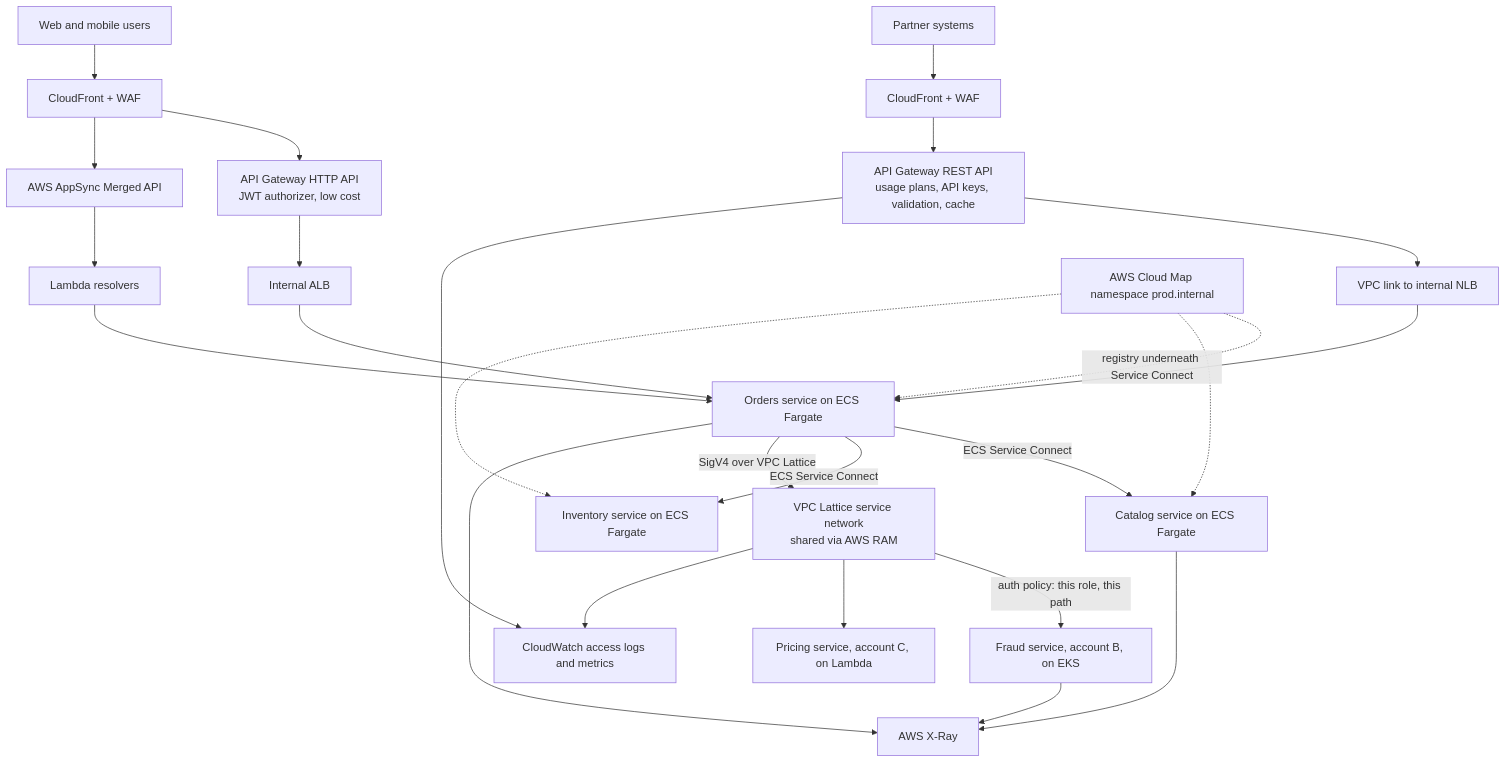
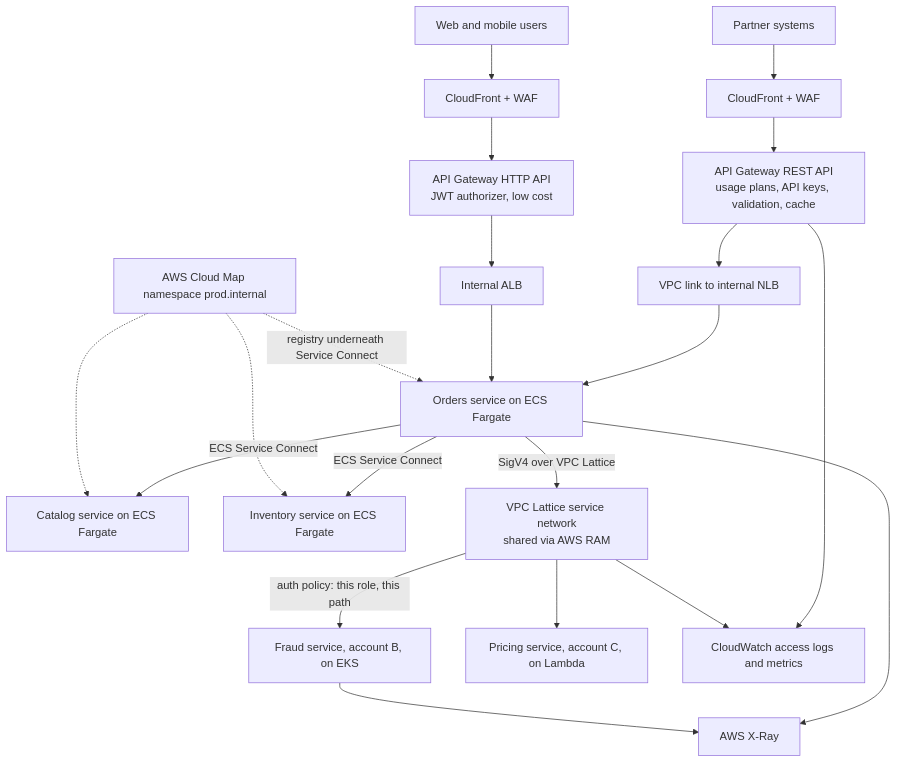
Before and after one commit to norbutlepcha25/dso303: the fifth of 5 diagrams in docs/unit4/topic2.md, drawn with Mermaid. The commit also changed other lines of this file and 12 other files, not shown here.

````diff
--- a/docs/unit4/topic2.md
+++ b/docs/unit4/topic2.md
@@ -757,27 +535,23 @@
 ```mermaid
 flowchart TD
     PART["Partner systems"] --> CF1["CloudFront + WAF"]
     USER["Web and mobile users"] --> CF2["CloudFront + WAF"]
     CF1 --> AGR["API Gateway REST API<br/>usage plans, API keys, validation, cache"]
     CF2 --> AGH["API Gateway HTTP API<br/>JWT authorizer, low cost"]
-    CF2 --> AS["AWS AppSync Merged API"]
     AGR --> VPCL["VPC link to internal NLB"]
     AGH --> ALB["Internal ALB"]
-    AS --> LAM["Lambda resolvers"]
     VPCL --> ORD["Orders service on ECS Fargate"]
     ALB --> ORD
-    LAM --> ORD
     ORD -->|"ECS Service Connect"| CAT["Catalog service on ECS Fargate"]
     ORD -->|"ECS Service Connect"| INV["Inventory service on ECS Fargate"]
     CM["AWS Cloud Map namespace prod.internal"] -.->|"registry underneath Service Connect"| ORD
     CM -.-> CAT
     CM -.-> INV
     ORD -->|"SigV4 over VPC Lattice"| SN["VPC Lattice service network<br/>shared via AWS RAM"]
     SN -->|"auth policy: this role, this path"| FRAUD["Fraud service, account B, on EKS"]
     SN --> PRICE["Pricing service, account C, on Lambda"]
     ORD --> XRAY["AWS X-Ray"]
-    CAT --> XRAY
     FRAUD --> XRAY
     AGR --> CWL["CloudWatch access logs and metrics"]
     SN --> CWL
 ```
````
